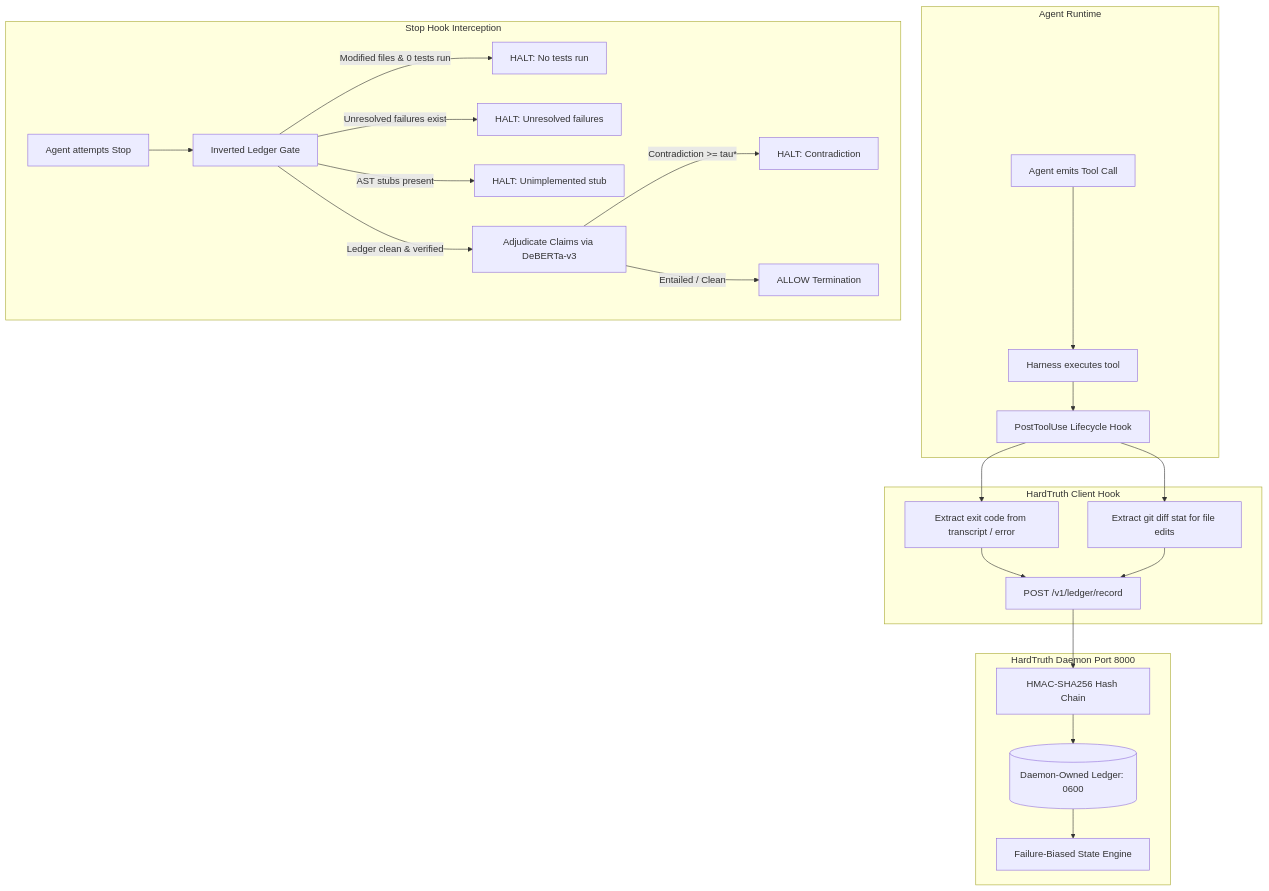
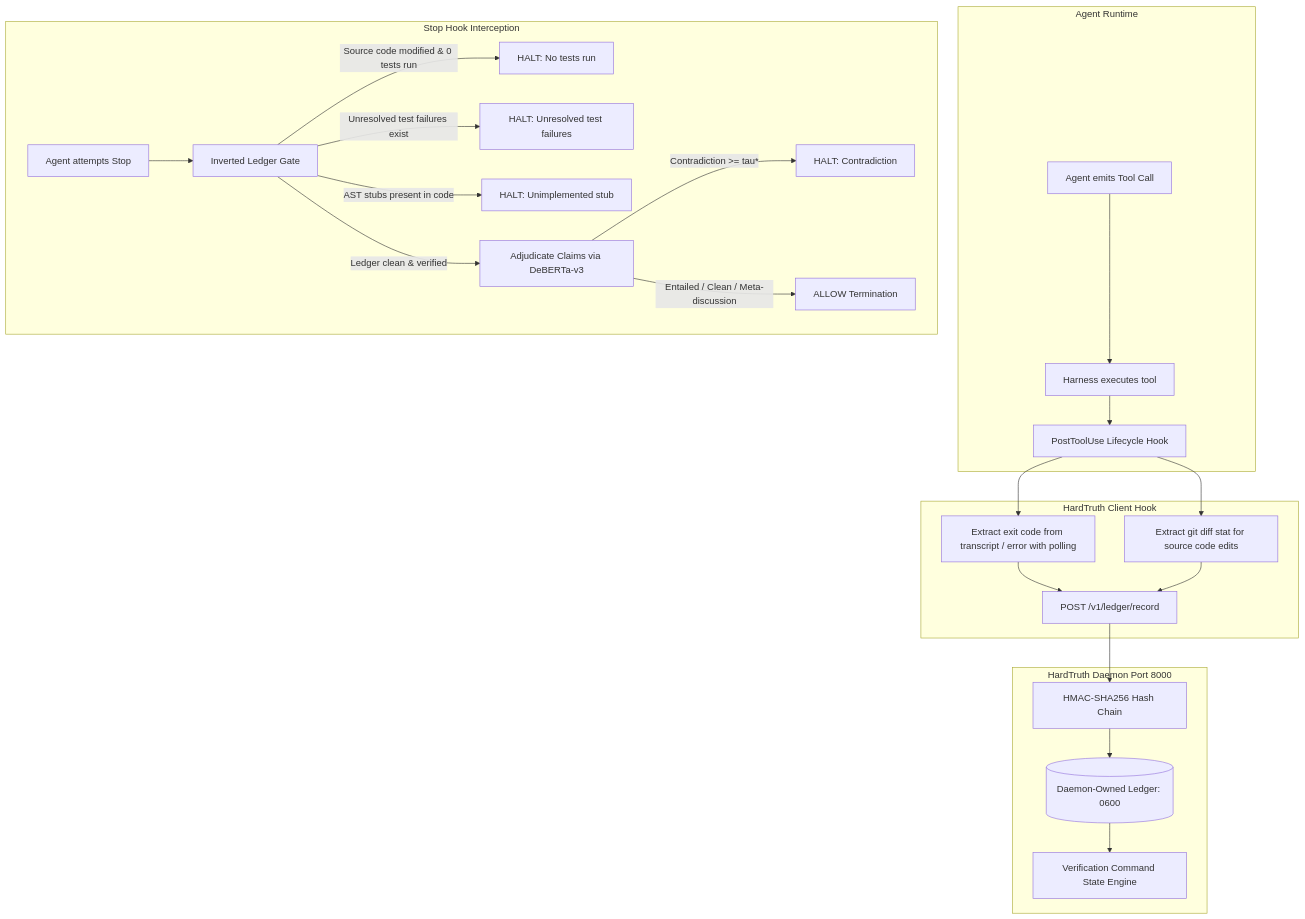
Before and after one commit to Vibherpunk/hardtruth: the first of 2 diagrams in docs/DESIGN_NOTE.md, drawn with Mermaid. The commit also changed other lines of this file, not shown here.

````diff
--- a/docs/DESIGN_NOTE.md
+++ b/docs/DESIGN_NOTE.md
@@ -18,29 +19,29 @@
 ```mermaid
 flowchart TD
     subgraph Agent Runtime
         A[Agent emits Tool Call] --> B[Harness executes tool]
         B --> C[PostToolUse Lifecycle Hook]
     end
 
     subgraph HardTruth Client Hook
-        C --> D[Extract exit code from transcript / error]
-        C --> E[Extract git diff stat for file edits]
+        C --> D[Extract exit code from transcript / error with polling]
+        C --> E[Extract git diff stat for source code edits]
         D & E --> F[POST /v1/ledger/record]
     end
 
     subgraph HardTruth Daemon Port 8000
         F --> G[HMAC-SHA256 Hash Chain]
         G --> H[(Daemon-Owned Ledger: 0600)]
-        H --> I[Failure-Biased State Engine]
+        H --> I[Verification Command State Engine]
     end
 
     subgraph Stop Hook Interception
         J[Agent attempts Stop] --> K[Inverted Ledger Gate]
-        K -->|Modified files & 0 tests run| L[HALT: No tests run]
-        K -->|Unresolved failures exist| M[HALT: Unresolved failures]
-        K -->|AST stubs present| N[HALT: Unimplemented stub]
+        K -->|Source code modified & 0 tests run| L[HALT: No tests run]
+        K -->|Unresolved test failures exist| M[HALT: Unresolved test failures]
+        K -->|AST stubs present in code| N[HALT: Unimplemented stub]
         K -->|Ledger clean & verified| O[Adjudicate Claims via DeBERTa-v3]
         O -->|Contradiction >= tau*| P[HALT: Contradiction]
-        O -->|Entailed / Clean| Q[ALLOW Termination]
+        O -->|Entailed / Clean / Meta-discussion| Q[ALLOW Termination]
     end
 ```
````
